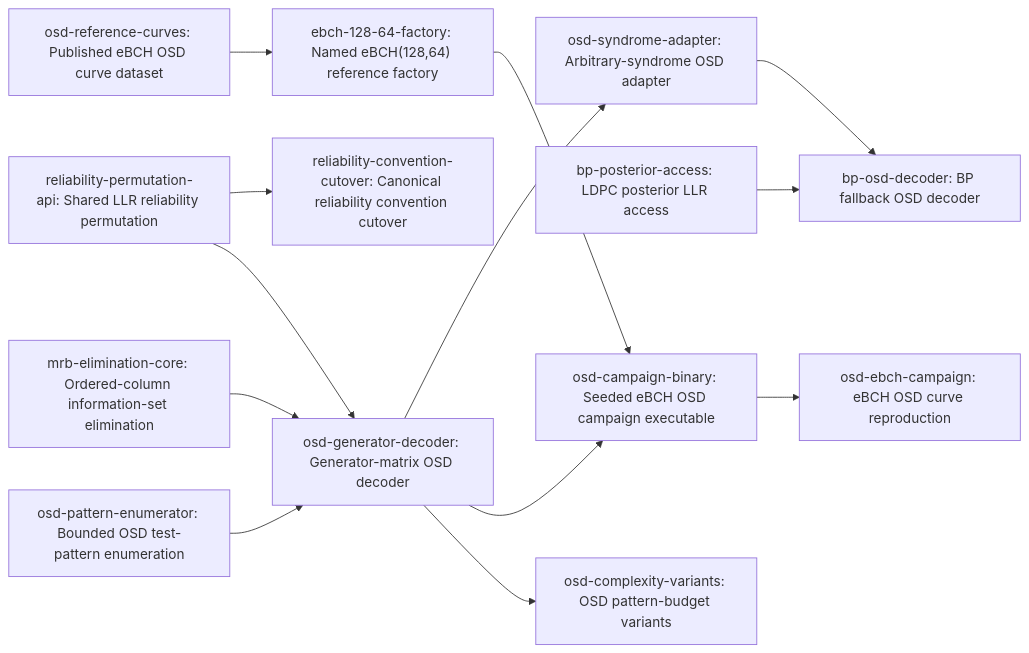
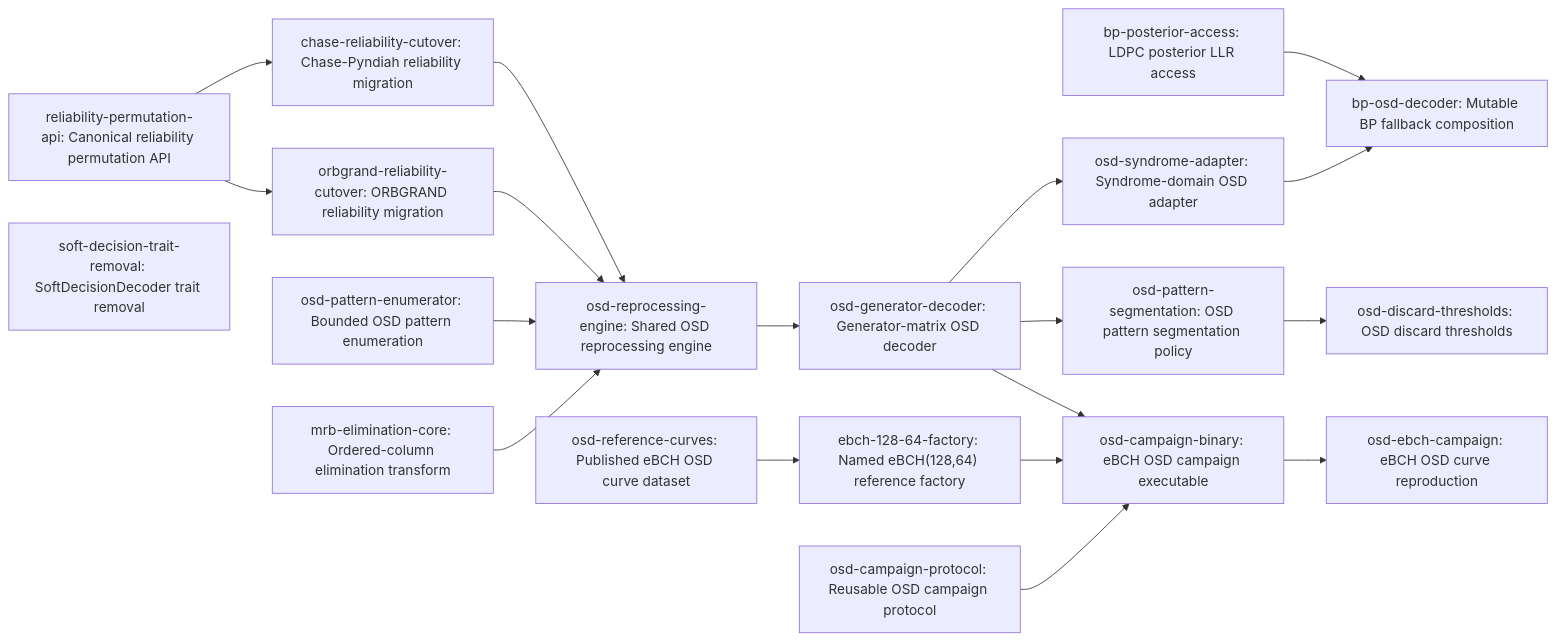
The diagram in dev/active/b7157be6-osd/plan.md (erankavija/gf2), drawn with Mermaid before and after one commit. The commit also changed other lines of this file and 1 other file, not shown here.

Commit message:
docs(jit:b7157be6): rework OSD plan and manifest per adversarial review round 1

````diff
--- a/dev/active/b7157be6-osd/plan.md
+++ b/dev/active/b7157be6-osd/plan.md
@@ -68,28 +85,38 @@
 ```mermaid
 flowchart LR
-    N0["mrb-elimination-core: Ordered-column information-set elimination"]
-    N1["reliability-permutation-api: Shared LLR reliability permutation"]
-    N2["reliability-convention-cutover: Canonical reliability convention cutover"]
-    N3["osd-pattern-enumerator: Bounded OSD test-pattern enumeration"]
-    N4["osd-reference-curves: Published eBCH OSD curve dataset"]
-    N5["ebch-128-64-factory: Named eBCH(128,64) reference factory"]
-    N6["osd-generator-decoder: Generator-matrix OSD decoder"]
-    N7["osd-syndrome-adapter: Arbitrary-syndrome OSD adapter"]
-    N8["bp-posterior-access: LDPC posterior LLR access"]
-    N9["bp-osd-decoder: BP fallback OSD decoder"]
-    N10["osd-campaign-binary: Seeded eBCH OSD campaign executable"]
-    N11["osd-ebch-campaign: eBCH OSD curve reproduction"]
-    N12["osd-complexity-variants: OSD pattern-budget variants"]
+    N0["mrb-elimination-core: Ordered-column elimination transform"]
+    N1["reliability-permutation-api: Canonical reliability permutation API"]
+    N2["orbgrand-reliability-cutover: ORBGRAND reliability migration"]
+    N3["chase-reliability-cutover: Chase-Pyndiah reliability migration"]
+    N4["soft-decision-trait-removal: SoftDecisionDecoder trait removal"]
+    N5["osd-pattern-enumerator: Bounded OSD pattern enumeration"]
+    N6["osd-reprocessing-engine: Shared OSD reprocessing engine"]
+    N7["osd-generator-decoder: Generator-matrix OSD decoder"]
+    N8["osd-syndrome-adapter: Syndrome-domain OSD adapter"]
+    N9["bp-posterior-access: LDPC posterior LLR access"]
+    N10["bp-osd-decoder: Mutable BP fallback composition"]
+    N11["osd-reference-curves: Published eBCH OSD curve dataset"]
+    N12["ebch-128-64-factory: Named eBCH(128,64) reference factory"]
+    N13["osd-campaign-protocol: Reusable OSD campaign protocol"]
+    N14["osd-campaign-binary: eBCH OSD campaign executable"]
+    N15["osd-ebch-campaign: eBCH OSD curve reproduction"]
+    N16["osd-pattern-segmentation: OSD pattern segmentation policy"]
+    N17["osd-discard-thresholds: OSD discard thresholds"]
     N1 --> N2
-    N4 --> N5
+    N1 --> N3
     N0 --> N6
-    N1 --> N6
+    N5 --> N6
+    N2 --> N6
     N3 --> N6
     N6 --> N7
-    N7 --> N9
-    N8 --> N9
-    N5 --> N10
-    N6 --> N10
-    N10 --> N11
-    N6 --> N12
+    N7 --> N8
+    N8 --> N10
+    N9 --> N10
+    N11 --> N12
+    N13 --> N14
+    N12 --> N14
+    N7 --> N14
+    N14 --> N15
+    N7 --> N16
+    N16 --> N17
 ```
````
